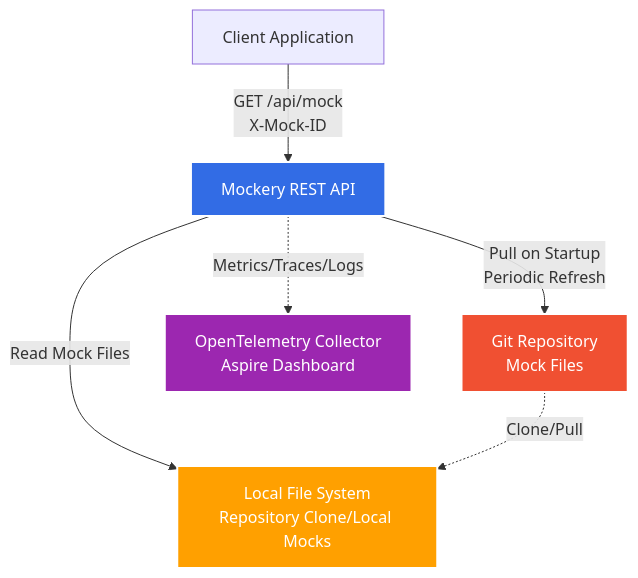
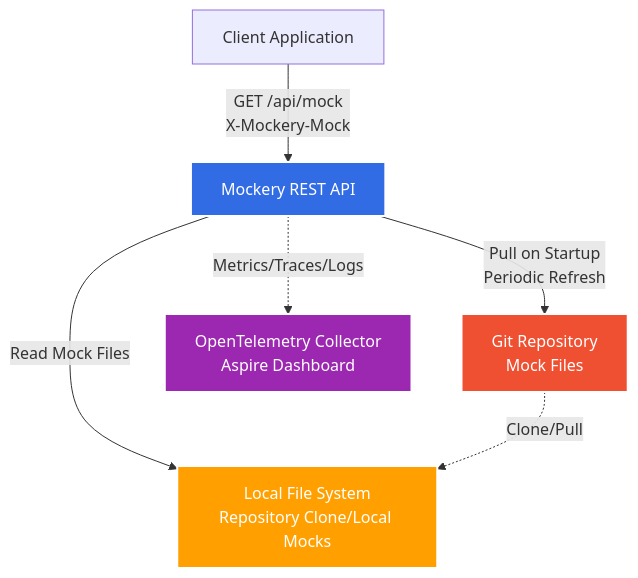
The first of 4 diagrams in .docs/mockery-design.md (busadave13/Mockery), drawn with Mermaid before and after one commit. The commit also changed other lines of this file and 9 other files, not shown here.

````diff
--- a/.docs/mockery-design.md
+++ b/.docs/mockery-design.md
@@ -882,19 +882,19 @@
 ```mermaid
 graph TB
     Client[Client Application]
     MockeryAPI[Mockery REST API]
     GitRepo[Git Repository<br/>Mock Files]
     FileSystem[Local File System<br/>Repository Clone/Local Mocks]
     OTEL[OpenTelemetry Collector<br/>Aspire Dashboard]
 
-    Client -->|GET /api/mock<br/>X-Mock-ID| MockeryAPI
+    Client -->|GET /api/mock<br/>X-Mockery-Mock| MockeryAPI
     MockeryAPI -->|Pull on Startup<br/>Periodic Refresh| GitRepo
     MockeryAPI -->|Read Mock Files| FileSystem
     MockeryAPI -.->|Metrics/Traces/Logs| OTEL
     GitRepo -.->|Clone/Pull| FileSystem
 
     style MockeryAPI fill:#326CE5,stroke:#fff,stroke-width:2px,color:#fff
     style GitRepo fill:#F05032,stroke:#fff,stroke-width:2px,color:#fff
     style FileSystem fill:#FFA000,stroke:#fff,stroke-width:2px,color:#fff
     style OTEL fill:#9C27B0,stroke:#fff,stroke-width:2px,color:#fff
 ```
````
